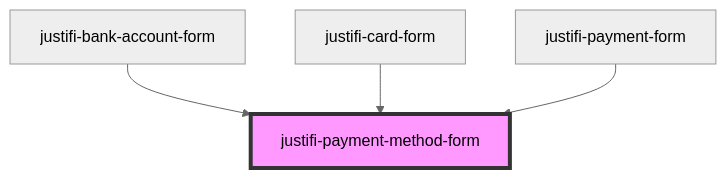
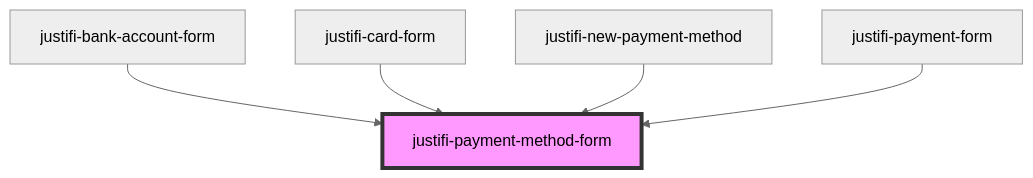
One commit to justifi-tech/web-component-library changed the diagram in packages/webcomponents/src/components/payment-method-form/readme.md. Above: the diagram before and after it, drawn with Mermaid (neutral theme). The commit also changed other lines of this file and 32 other files, not shown here.

````diff
--- a/packages/webcomponents/src/components/payment-method-form/readme.md
+++ b/packages/webcomponents/src/components/payment-method-form/readme.md
@@ -77,7 +78,8 @@
 ```mermaid
 graph TD;
   justifi-bank-account-form --> justifi-payment-method-form
   justifi-card-form --> justifi-payment-method-form
+  justifi-new-payment-method --> justifi-payment-method-form
   justifi-payment-form --> justifi-payment-method-form
   style justifi-payment-method-form fill:#f9f,stroke:#333,stroke-width:4px
 ```
````
